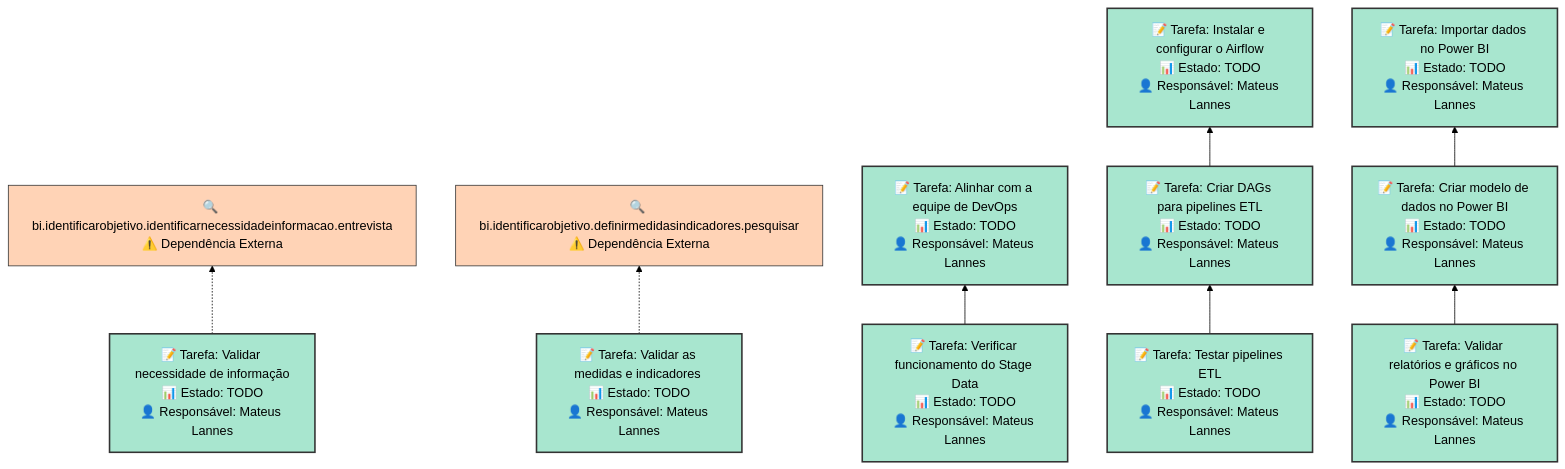
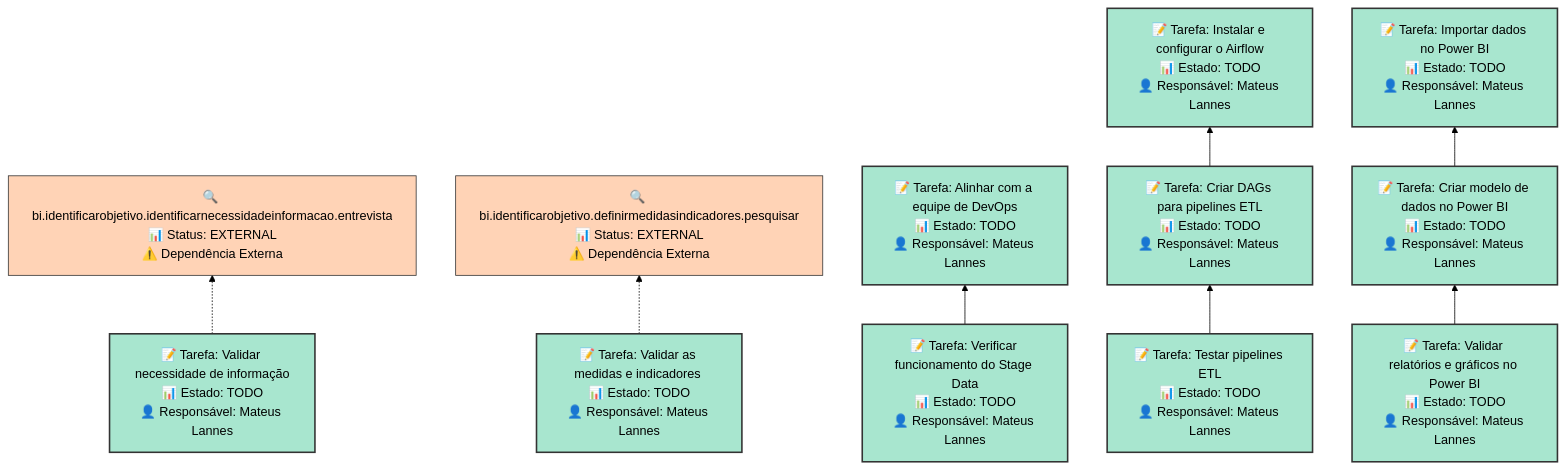
The second of 2 diagrams in example/sprints/sprint2.md (leds-org/leds-tools-made-docker), drawn with Mermaid (forest theme) before and after one commit. The commit also changed other lines of this file and 21 other files, not shown here.

````diff
--- a/example/sprints/sprint2.md
+++ b/example/sprints/sprint2.md
@@ -31,25 +52,25 @@
 ```mermaid
 graph BT
     classDef sprint fill:#a8e6cf,stroke:#333,stroke-width:2px;
     classDef done fill:#98fb98,stroke:#333,stroke-width:2px;
     classDef external fill:#ffd3b6,stroke:#333,stroke-width:1px;
-    bi.identificarobjetivo.identificarnecessidadeinformacao.entrevista["🔍 bi.identificarobjetivo.identificarnecessidadeinformacao.entrevista<br>⚠️ Dependência Externa"]:::external
-    bi.identificarobjetivo.definirmedidasindicadores.pesquisar["🔍 bi.identificarobjetivo.definirmedidasindicadores.pesquisar<br>⚠️ Dependência Externa"]:::external
+    bi.identificarobjetivo.identificarnecessidadeinformacao.entrevista["🔍 bi.identificarobjetivo.identificarnecessidadeinformacao.entrevista<br>📊 Status: EXTERNAL<br>⚠️ Dependência Externa"]:::external
+    bi.identificarobjetivo.definirmedidasindicadores.pesquisar["🔍 bi.identificarobjetivo.definirmedidasindicadores.pesquisar<br>📊 Status: EXTERNAL<br>⚠️ Dependência Externa"]:::external
     bi.identificarobjetivo.identificarnecessidadeinformacao.validar["📝 Tarefa: Validar necessidade de informação<br>📊 Estado: TODO<br>👤 Responsável: Mateus Lannes "]:::sprint
     bi.identificarobjetivo.definirmedidasindicadores.validar["📝 Tarefa: Validar as medidas e indicadores <br>📊 Estado: TODO<br>👤 Responsável: Mateus Lannes "]:::sprint
     bi.levantarinfraestruturaleds.levantardatastage.alinharcomdevops["📝 Tarefa: Alinhar com a equipe de DevOps<br>📊 Estado: TODO<br>👤 Responsável: Mateus Lannes "]:::sprint
     bi.levantarinfraestruturaleds.configurarairflowetl.instalarconfigurarairflow["📝 Tarefa: Instalar e configurar o Airflow<br>📊 Estado: TODO<br>👤 Responsável: Mateus Lannes "]:::sprint
     bi.levantarinfraestruturaleds.conectarbancoaopowerbi.importardadosnopowerbi["📝 Tarefa: Importar dados no Power BI<br>📊 Estado: TODO<br>👤 Responsável: Mateus Lannes "]:::sprint
     bi.levantarinfraestruturaleds.levantardatastage.verificarfuncionamentodatastage["📝 Tarefa: Verificar funcionamento do Stage Data<br>📊 Estado: TODO<br>👤 Responsável: Mateus Lannes "]:::sprint
     bi.levantarinfraestruturaleds.configurarairflowetl.testarpipelinesetl["📝 Tarefa: Testar pipelines ETL<br>📊 Estado: TODO<br>👤 Responsável: Mateus Lannes "]:::sprint
     bi.levantarinfraestruturaleds.conectarbancoaopowerbi.criarrelatoriospowerbi["📝 Tarefa: Validar relatórios e gráficos no Power BI<br>📊 Estado: TODO<br>👤 Responsável: Mateus Lannes "]:::sprint
     bi.levantarinfraestruturaleds.configurarairflowetl.criardagsetl["📝 Tarefa: Criar DAGs para pipelines ETL<br>📊 Estado: TODO<br>👤 Responsável: Mateus Lannes "]:::sprint
     bi.levantarinfraestruturaleds.conectarbancoaopowerbi.criarmodelopowerbi["📝 Tarefa: Criar modelo de dados no Power BI<br>📊 Estado: TODO<br>👤 Responsável: Mateus Lannes "]:::sprint
     bi.identificarobjetivo.identificarnecessidadeinformacao.validar -.-> bi.identificarobjetivo.identificarnecessidadeinformacao.entrevista
     bi.identificarobjetivo.definirmedidasindicadores.validar -.-> bi.identificarobjetivo.definirmedidasindicadores.pesquisar
     bi.levantarinfraestruturaleds.levantardatastage.verificarfuncionamentodatastage --> bi.levantarinfraestruturaleds.levantardatastage.alinharcomdevops
     bi.levantarinfraestruturaleds.configurarairflowetl.criardagsetl --> bi.levantarinfraestruturaleds.configurarairflowetl.instalarconfigurarairflow
     bi.levantarinfraestruturaleds.configurarairflowetl.testarpipelinesetl --> bi.levantarinfraestruturaleds.configurarairflowetl.criardagsetl
     bi.levantarinfraestruturaleds.conectarbancoaopowerbi.criarmodelopowerbi --> bi.levantarinfraestruturaleds.conectarbancoaopowerbi.importardadosnopowerbi
     bi.levantarinfraestruturaleds.conectarbancoaopowerbi.criarrelatoriospowerbi --> bi.levantarinfraestruturaleds.conectarbancoaopowerbi.criarmodelopowerbi
 ```
````
